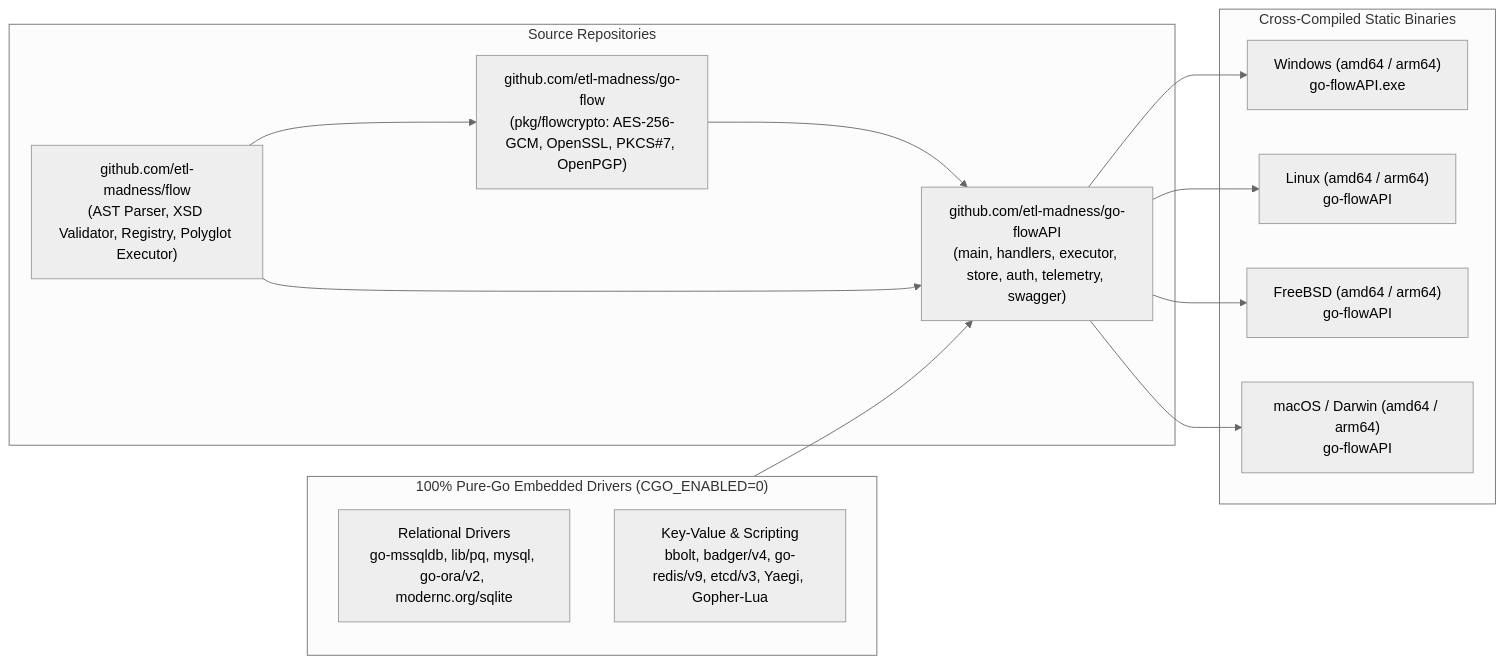
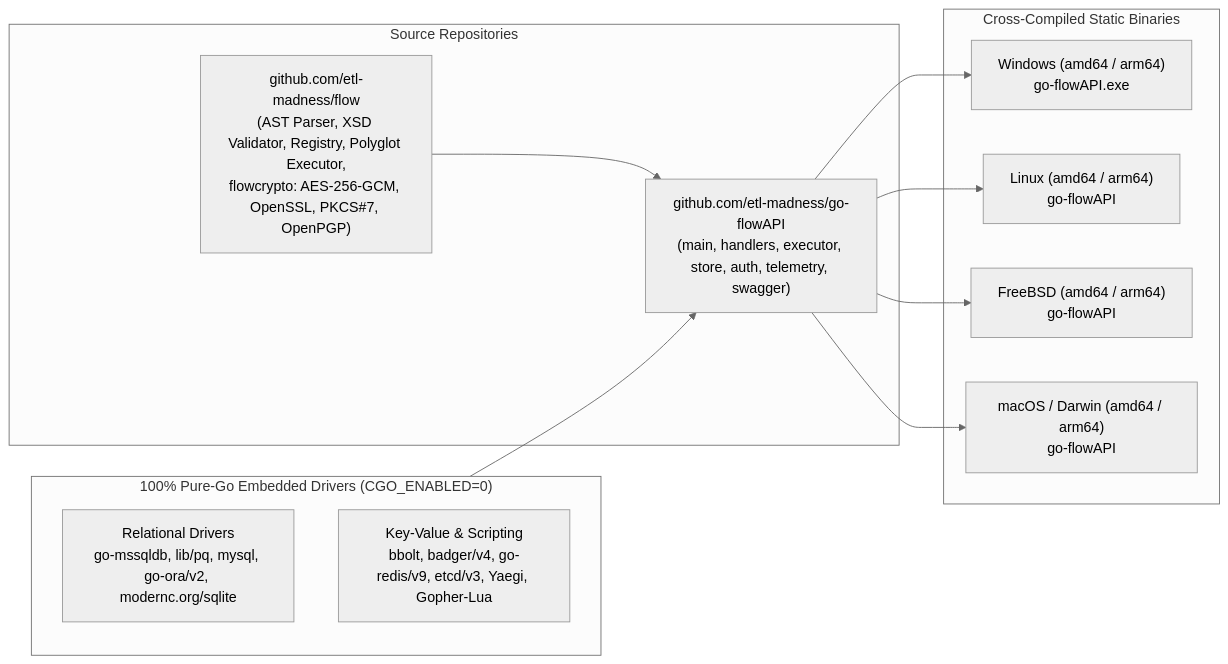
One commit to etl-madness/flow-docs changed the first of 2 diagrams in docs/guides/API_COMPILATION_AND_BUILD_GUIDE.md. Above: the diagram before and after it, drawn with Mermaid (neutral theme). The commit also changed other lines of this file and 133 other files, not shown here.

````diff
--- a/docs/guides/API_COMPILATION_AND_BUILD_GUIDE.md
+++ b/docs/guides/API_COMPILATION_AND_BUILD_GUIDE.md
@@ -35,26 +47,23 @@
 ```mermaid
 flowchart LR
     subgraph Sources["Source Repositories"]
         API["github.com/etl-madness/go-flowAPI<br/>(main, handlers, executor, store, auth, telemetry, swagger)"]
-        GFLOW["github.com/etl-madness/go-flow<br/>(pkg/flowcrypto: AES-256-GCM, OpenSSL, PKCS#7, OpenPGP)"]
-        FLOW["github.com/etl-madness/flow<br/>(AST Parser, XSD Validator, Registry, Polyglot Executor)"]
+        FLOW["github.com/etl-madness/flow<br/>(AST Parser, XSD Validator, Registry, Polyglot Executor,<br/>flowcrypto: AES-256-GCM, OpenSSL, PKCS#7, OpenPGP)"]
     end
 
     subgraph Drivers["100% Pure-Go Embedded Drivers (CGO_ENABLED=0)"]
         SQL["Relational Drivers<br/>go-mssqldb, lib/pq, mysql, go-ora/v2, modernc.org/sqlite"]
         KV["Key-Value & Scripting<br/>bbolt, badger/v4, go-redis/v9, etcd/v3, Yaegi, Gopher-Lua"]
     end
 
     subgraph Targets["Cross-Compiled Static Binaries"]
         WIN["Windows (amd64 / arm64)<br/>go-flowAPI.exe"]
         LIN["Linux (amd64 / arm64)<br/>go-flowAPI"]
         BSD["FreeBSD (amd64 / arm64)<br/>go-flowAPI"]
         MAC["macOS / Darwin (amd64 / arm64)<br/>go-flowAPI"]
     end
 
-    FLOW --> GFLOW
-    GFLOW --> API
     FLOW --> API
     Drivers --> API
     API --> WIN & LIN & BSD & MAC
 ```
````
